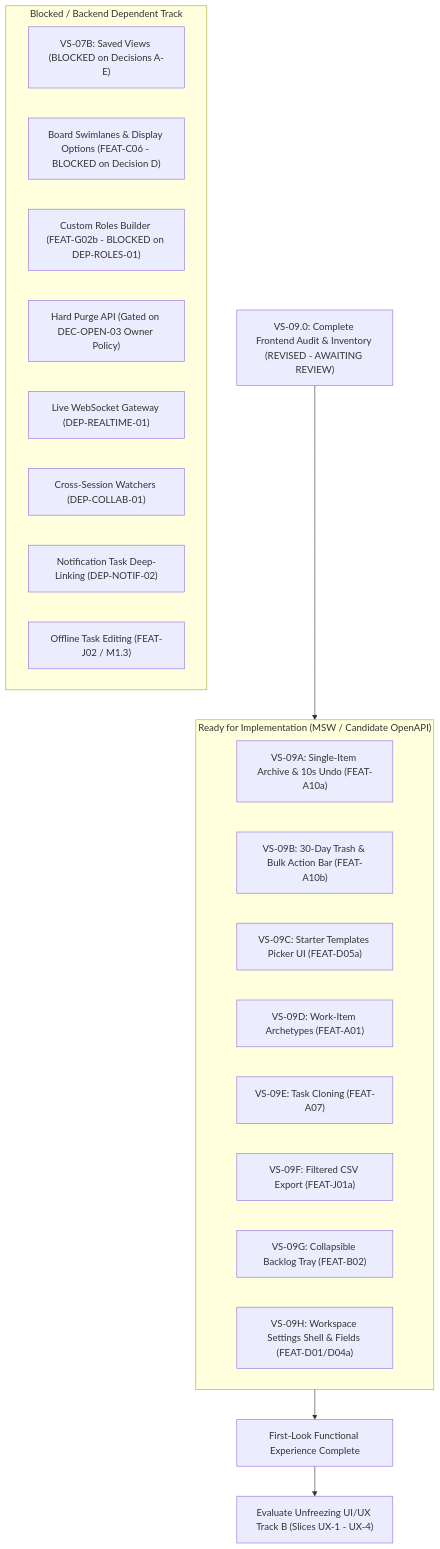
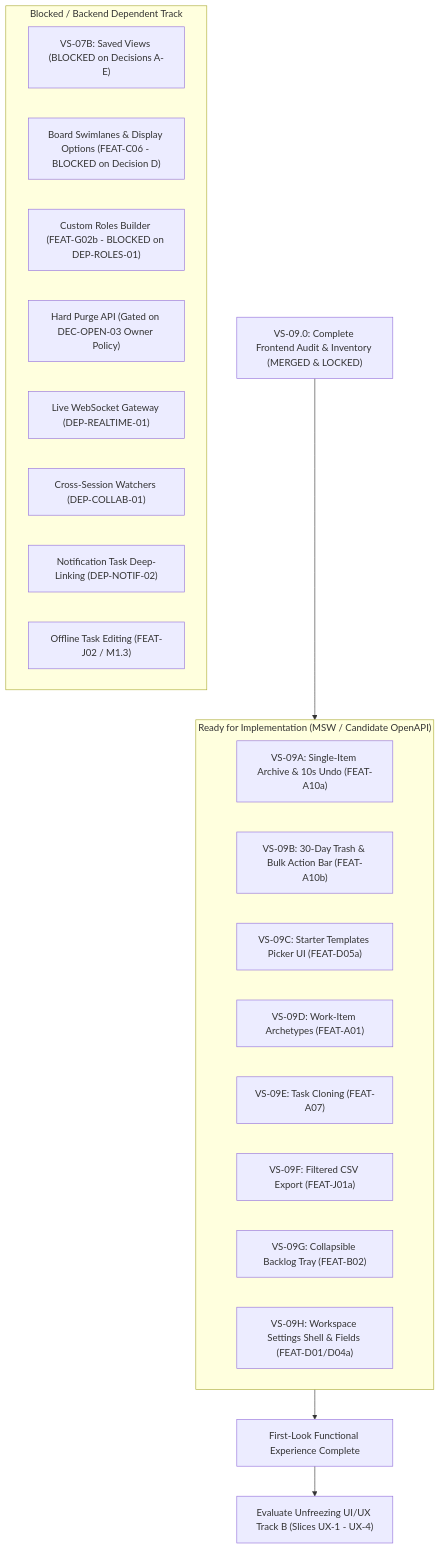
The first of 2 diagrams in docs/04-implementation/sonder-project-progress-tracker.md (Samudra-Bose/sonder), drawn with Mermaid before and after one commit. The commit also changed other lines of this file and 2 other files, not shown here.

````diff
--- a/docs/04-implementation/sonder-project-progress-tracker.md
+++ b/docs/04-implementation/sonder-project-progress-tracker.md
@@ -53,29 +53,29 @@
 ```mermaid
 flowchart TD
-    Current["VS-09.0: Complete Frontend Audit & Inventory (REVISED - AWAITING REVIEW)"] --> InventoryA["Inventory A: Backend-Independent Backlog (8 Milestones)"]
+    Current["VS-09.0: Complete Frontend Audit & Inventory (MERGED & LOCKED)"] --> InventoryA["Inventory A: Backend-Independent Backlog (8 Milestones)"]
 
     subgraph InventoryA ["Ready for Implementation (MSW / Candidate OpenAPI)"]
         VS09A["VS-09A: Single-Item Archive & 10s Undo (FEAT-A10a)"]
         VS09B["VS-09B: 30-Day Trash & Bulk Action Bar (FEAT-A10b)"]
         VS09C["VS-09C: Starter Templates Picker UI (FEAT-D05a)"]
         VS09D["VS-09D: Work-Item Archetypes (FEAT-A01)"]
         VS09E["VS-09E: Task Cloning (FEAT-A07)"]
         VS09F["VS-09F: Filtered CSV Export (FEAT-J01a)"]
         VS09G["VS-09G: Collapsible Backlog Tray (FEAT-B02)"]
         VS09H["VS-09H: Workspace Settings Shell & Fields (FEAT-D01/D04a)"]
     end
 
     InventoryA --> FirstLook["First-Look Functional Experience Complete"]
     FirstLook --> UnfreezeUX["Evaluate Unfreezing UI/UX Track B (Slices UX-1 - UX-4)"]
 
     subgraph BlockedDeferred ["Blocked / Backend Dependent Track"]
         SV["VS-07B: Saved Views (BLOCKED on Decisions A-E)"]
         Swimlanes["Board Swimlanes & Display Options (FEAT-C06 - BLOCKED on Decision D)"]
         CustomRoles["Custom Roles Builder (FEAT-G02b - BLOCKED on DEP-ROLES-01)"]
         Purge["Hard Purge API (Gated on DEC-OPEN-03 Owner Policy)"]
         RealtimeLive["Live WebSocket Gateway (DEP-REALTIME-01)"]
         WatcherPersist["Cross-Session Watchers (DEP-COLLAB-01)"]
         NotifDeepLink["Notification Task Deep-Linking (DEP-NOTIF-02)"]
         OfflineTask["Offline Task Editing (FEAT-J02 / M1.3)"]
     end
 ```
````
